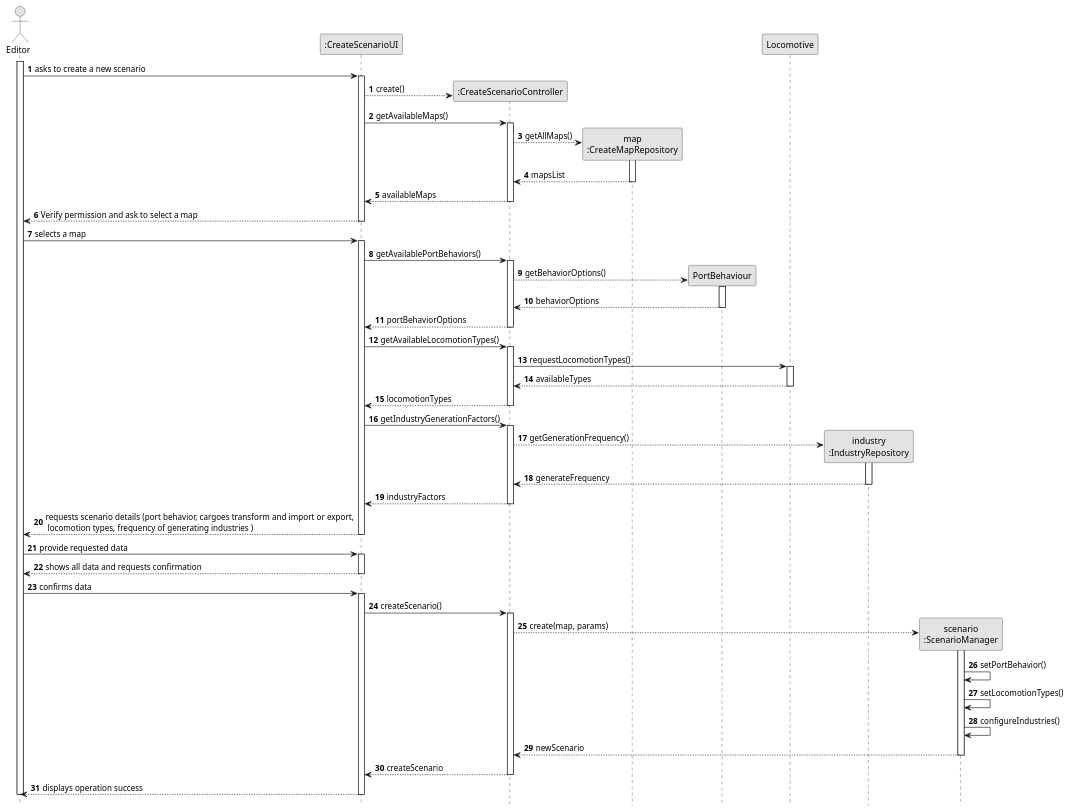
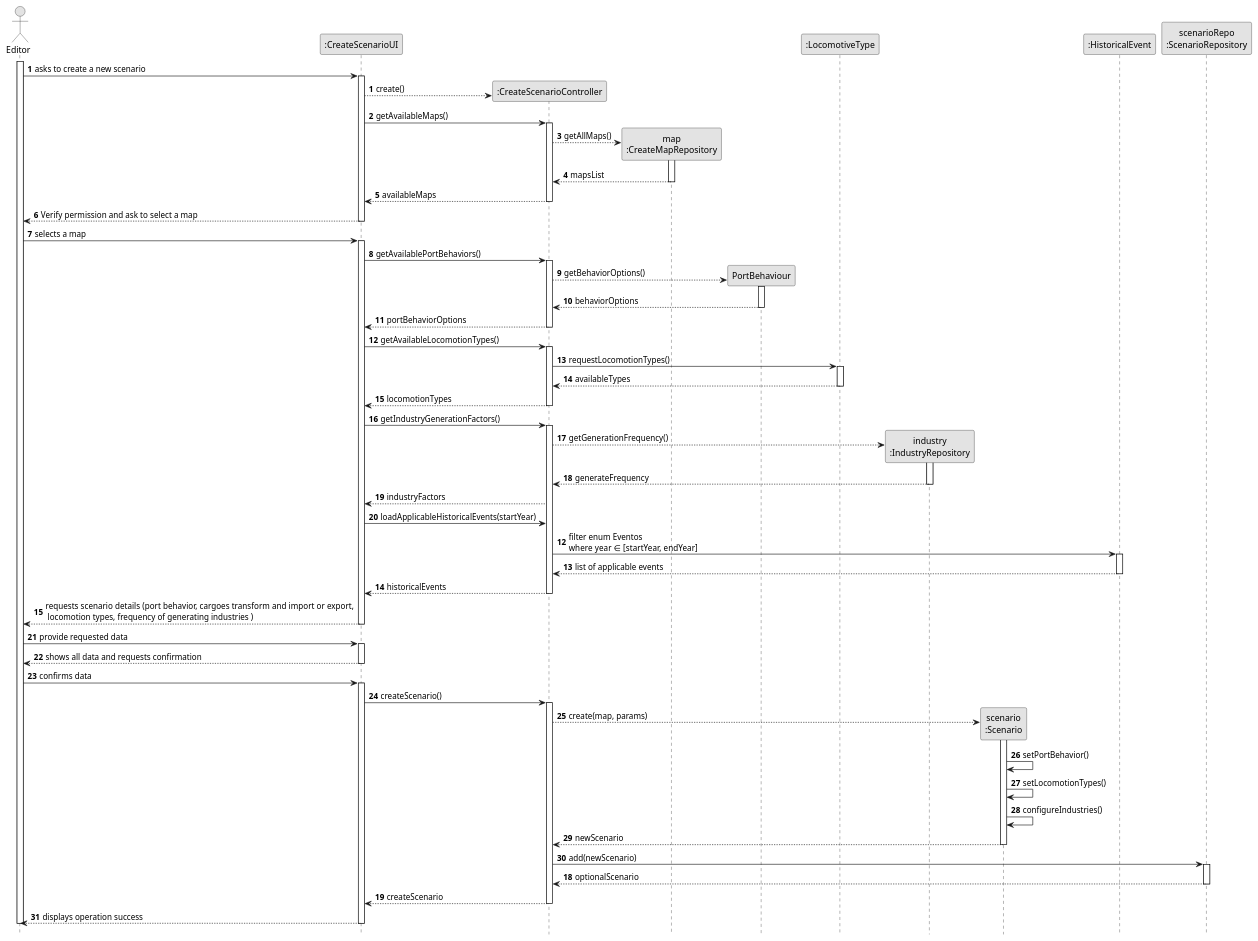
Before and after one commit to Andremonteiro1240850/railway_simulator: the diagram in docs/system-documentation/US04/03.Design/puml/SSD-Full.puml, drawn with PlantUML. The commit also changed 11 other files, not shown here.

```diff
--- a/docs/system-documentation/US04/03.Design/puml/SSD-Full.puml
+++ b/docs/system-documentation/US04/03.Design/puml/SSD-Full.puml
@@ -1,129 +1,151 @@
 @startuml
 skinparam monochrome true
 skinparam packageStyle rectangle
 skinparam shadowing false
 
 autonumber
 
 hide footbox
 actor "Editor" as ORG_EMPLOYEE
 
 participant ":CreateScenarioUI" as UI
 participant ":CreateScenarioController" as CTRL
 
 participant "map\n:CreateMapRepository" as MAP
 participant "PortBehaviour" as PORT
-participant "Locomotive" as TS
+participant ":LocomotiveType" as TS
 participant "industry\n:IndustryRepository" as IND
-participant "scenario\n:ScenarioManager" as SCEN
+participant "scenario\n:Scenario" as SCEN
+participant ":HistoricalEvent" as EVENT
+participant "scenarioRepo\n:ScenarioRepository" as SCEN_REPO
 
 activate ORG_EMPLOYEE
 
     ORG_EMPLOYEE -> UI : asks to create a new scenario
     autonumber 1
 
     activate UI
         UI --> CTRL** : create()
         autonumber 2
         UI -> CTRL : getAvailableMaps()
         autonumber 3
 
         activate CTRL
             CTRL --> MAP**: getAllMaps()
             autonumber 4
             activate MAP
                 MAP --> CTRL: mapsList
                 autonumber 5
             deactivate MAP
             CTRL --> UI : availableMaps
             autonumber 6
         deactivate CTRL
 
         UI --> ORG_EMPLOYEE : Verify permission and ask to select a map
         autonumber 7
     deactivate UI
 
     ORG_EMPLOYEE -> UI : selects a map
     autonumber 8
     activate UI
         UI -> CTRL : getAvailablePortBehaviors()
         autonumber 9
 
         activate CTRL
             CTRL --> PORT**: getBehaviorOptions()
             autonumber 10
             activate PORT
                 PORT --> CTRL: behaviorOptions
                 autonumber 11
             deactivate PORT
             CTRL --> UI : portBehaviorOptions
             autonumber 12
         deactivate CTRL
 
         UI -> CTRL : getAvailableLocomotionTypes()
         autonumber 13
 
         activate CTRL
             CTRL -> TS: requestLocomotionTypes()
             autonumber 14
             activate TS
                 TS --> CTRL: availableTypes
                 autonumber 15
             deactivate TS
             CTRL --> UI : locomotionTypes
             autonumber 16
         deactivate CTRL
 
         UI -> CTRL : getIndustryGenerationFactors()
         autonumber 17
 
         activate CTRL
             CTRL --> IND**: getGenerationFrequency()
             autonumber 18
             activate IND
                 IND --> CTRL: generateFrequency
                 autonumber 19
             deactivate IND
             CTRL --> UI : industryFactors
             autonumber 20
+
+        UI -> CTRL : loadApplicableHistoricalEvents(startYear)
+        autonumber 12
+
+            CTRL -> EVENT : filter enum Eventos\nwhere year ∈ [startYear, endYear]
+            activate EVENT
+            autonumber 13
+            EVENT --> CTRL : list of applicable events
+            deactivate EVENT
+            autonumber 14
+
+
+        CTRL --> UI : historicalEvents
         deactivate CTRL
 
         UI --> ORG_EMPLOYEE : requests scenario details (port behavior, cargoes transform and import or export,\n locomotion types, frequency of generating industries )
         autonumber 21
     deactivate UI
 
     ORG_EMPLOYEE -> UI : provide requested data
     autonumber 22
     activate UI
         UI --> ORG_EMPLOYEE : shows all data and requests confirmation
         autonumber 23
     deactivate UI
 
     ORG_EMPLOYEE -> UI : confirms data
     autonumber 24
     activate UI
         UI -> CTRL : createScenario()
         autonumber 25
 
         activate CTRL
             CTRL --> SCEN**: create(map, params)
             autonumber 26
             activate SCEN
                 SCEN -> SCEN: setPortBehavior()
                 autonumber 27
                 SCEN -> SCEN: setLocomotionTypes()
                 autonumber 28
                 SCEN -> SCEN: configureIndustries()
                 autonumber 29
                 SCEN --> CTRL: newScenario
                 autonumber 30
             deactivate SCEN
+             CTRL -> SCEN_REPO : add(newScenario)
+                            autonumber 18
+                            activate SCEN_REPO
+                                SCEN_REPO --> CTRL : optionalScenario
+                                autonumber 19
+                            deactivate SCEN_REPO
             CTRL --> UI: createScenario
+
             autonumber 31
         deactivate CTRL
         UI --> ORG_EMPLOYEE: displays operation success
         autonumber 32
     deactivate UI
 
 deactivate ORG_EMPLOYEE
 @enduml
```
